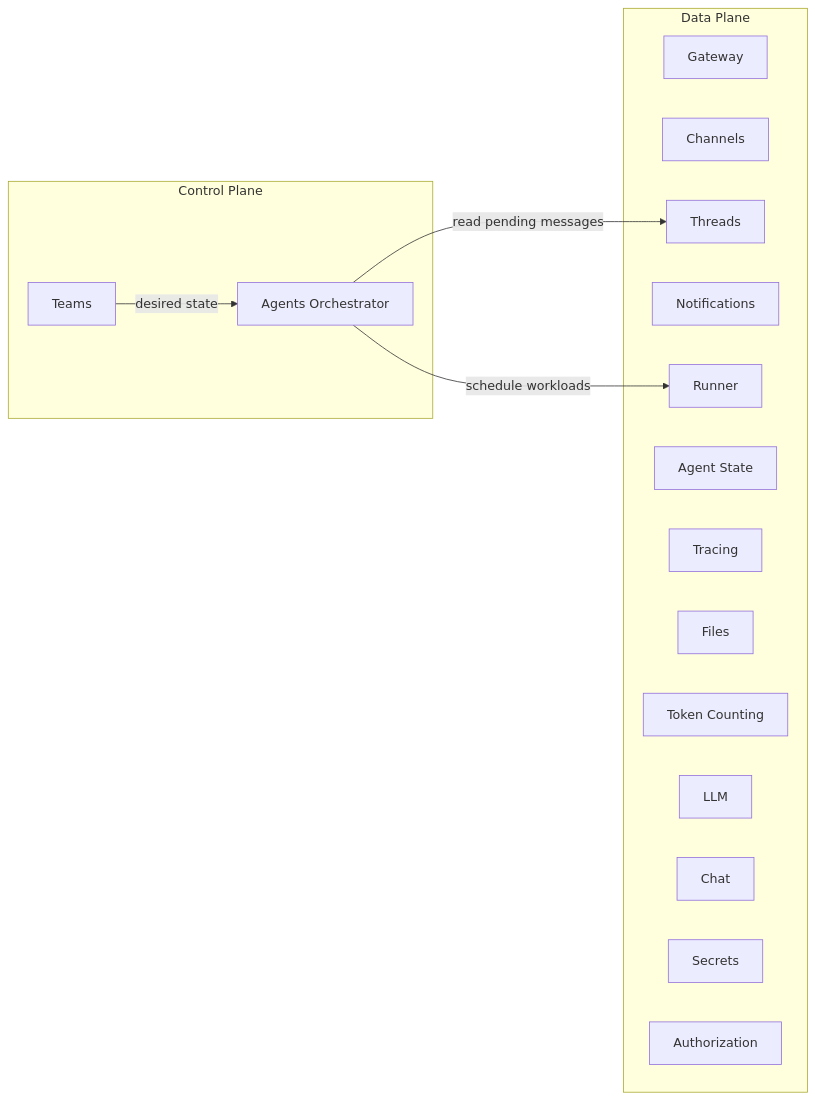
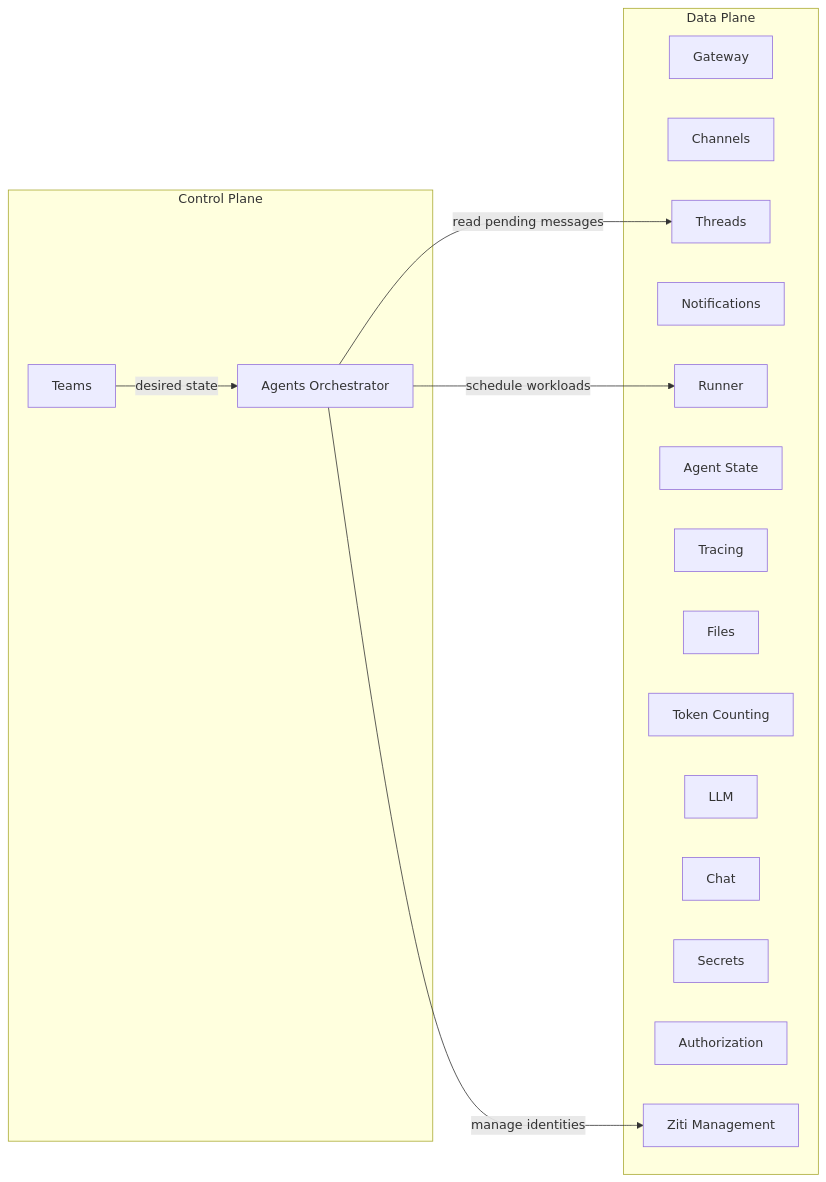
The first of 2 diagrams in architecture/control-data-plane.md (agynio/architecture), drawn with Mermaid before and after one commit. The commit also changed other lines of this file and 5 other files, not shown here.

````diff
--- a/architecture/control-data-plane.md
+++ b/architecture/control-data-plane.md
@@ -21,27 +21,29 @@
 ```mermaid
 graph LR
     subgraph Control Plane
         Teams
         AgentsOrch[Agents Orchestrator]
     end
 
     subgraph Data Plane
         Gateway
         Channels
         Threads
         Notifications
         Runner
         AgentState[Agent State]
         Tracing
         Files
         TokenCounting[Token Counting]
         LLM
         Chat
         Secrets
         Authorization
+        ZitiMgmt[Ziti Management]
     end
 
     Teams -->|desired state| AgentsOrch
     AgentsOrch -->|schedule workloads| Runner
+    AgentsOrch -->|manage identities| ZitiMgmt
     AgentsOrch -->|read pending messages| Threads
 ```
````
